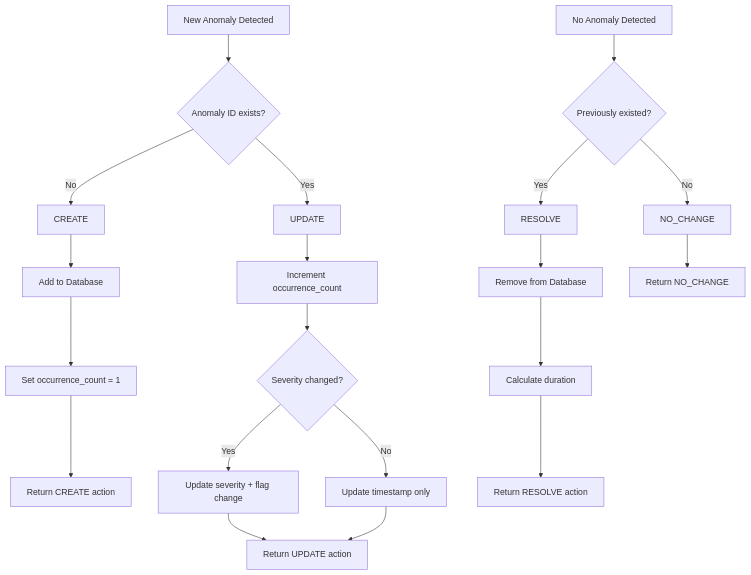
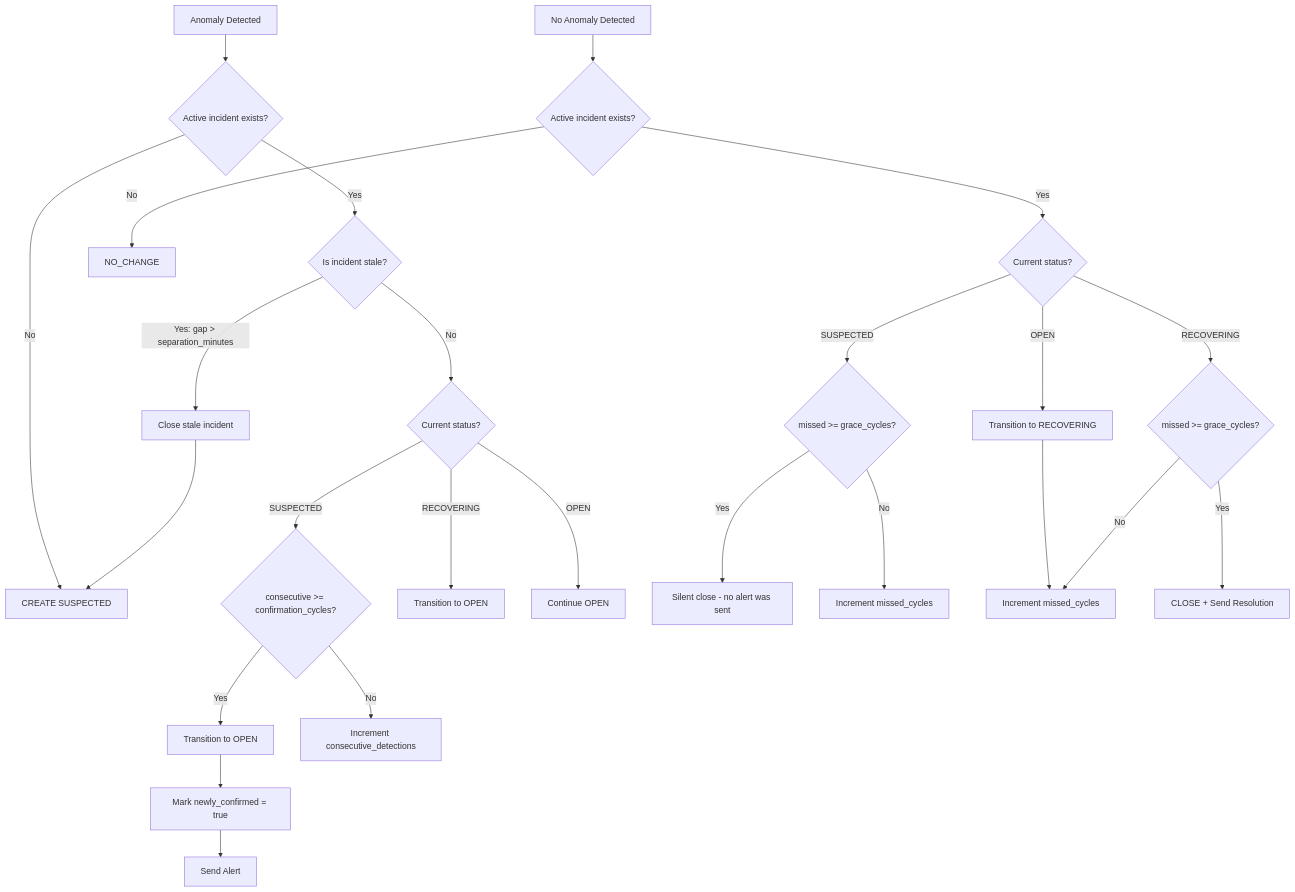
Before and after one commit to akrasic/yaga2: the diagram in docs/FINGERPRINTING.md, drawn with Mermaid. The commit also changed other lines of this file and 3 other files, not shown here.

````diff
--- a/docs/FINGERPRINTING.md
+++ b/docs/FINGERPRINTING.md
@@ -166,27 +211,36 @@
 ```mermaid
 graph TD
-    A[New Anomaly Detected] --> B{Anomaly ID exists?}
-    B -->|No| C[CREATE]
-    B -->|Yes| D[UPDATE]
-    
-    C --> E[Add to Database]
-    E --> F[Set occurrence_count = 1]
-    F --> G[Return CREATE action]
-    
-    D --> H[Increment occurrence_count]
-    H --> I{Severity changed?}
-    I -->|Yes| J[Update severity + flag change]
-    I -->|No| K[Update timestamp only]
-    J --> L[Return UPDATE action]
-    K --> L
-    
-    M[No Anomaly Detected] --> N{Previously existed?}
-    N -->|Yes| O[RESOLVE]
-    N -->|No| P[NO_CHANGE]
-    
-    O --> Q[Remove from Database]
-    Q --> R[Calculate duration]
-    R --> S[Return RESOLVE action]
-    
-    P --> T[Return NO_CHANGE]
+    A[Anomaly Detected] --> B{Active incident exists?}
+    B -->|No| C[CREATE SUSPECTED]
+    B -->|Yes| D{Is incident stale?}
+
+    D -->|Yes: gap > separation_minutes| E[Close stale incident]
+    E --> C
+
+    D -->|No| F{Current status?}
+
+    F -->|SUSPECTED| G{consecutive >= confirmation_cycles?}
+    G -->|Yes| H[Transition to OPEN]
+    G -->|No| I[Increment consecutive_detections]
+
+    F -->|RECOVERING| J[Transition to OPEN]
+    F -->|OPEN| K[Continue OPEN]
+
+    H --> L[Mark newly_confirmed = true]
+    L --> M[Send Alert]
+
+    N[No Anomaly Detected] --> O{Active incident exists?}
+    O -->|No| P[NO_CHANGE]
+    O -->|Yes| Q{Current status?}
+
+    Q -->|SUSPECTED| R{missed >= grace_cycles?}
+    R -->|Yes| S[Silent close - no alert was sent]
+    R -->|No| T[Increment missed_cycles]
+
+    Q -->|OPEN| U[Transition to RECOVERING]
+    U --> V[Increment missed_cycles]
+
+    Q -->|RECOVERING| W{missed >= grace_cycles?}
+    W -->|Yes| X[CLOSE + Send Resolution]
+    W -->|No| V
 ```
````
